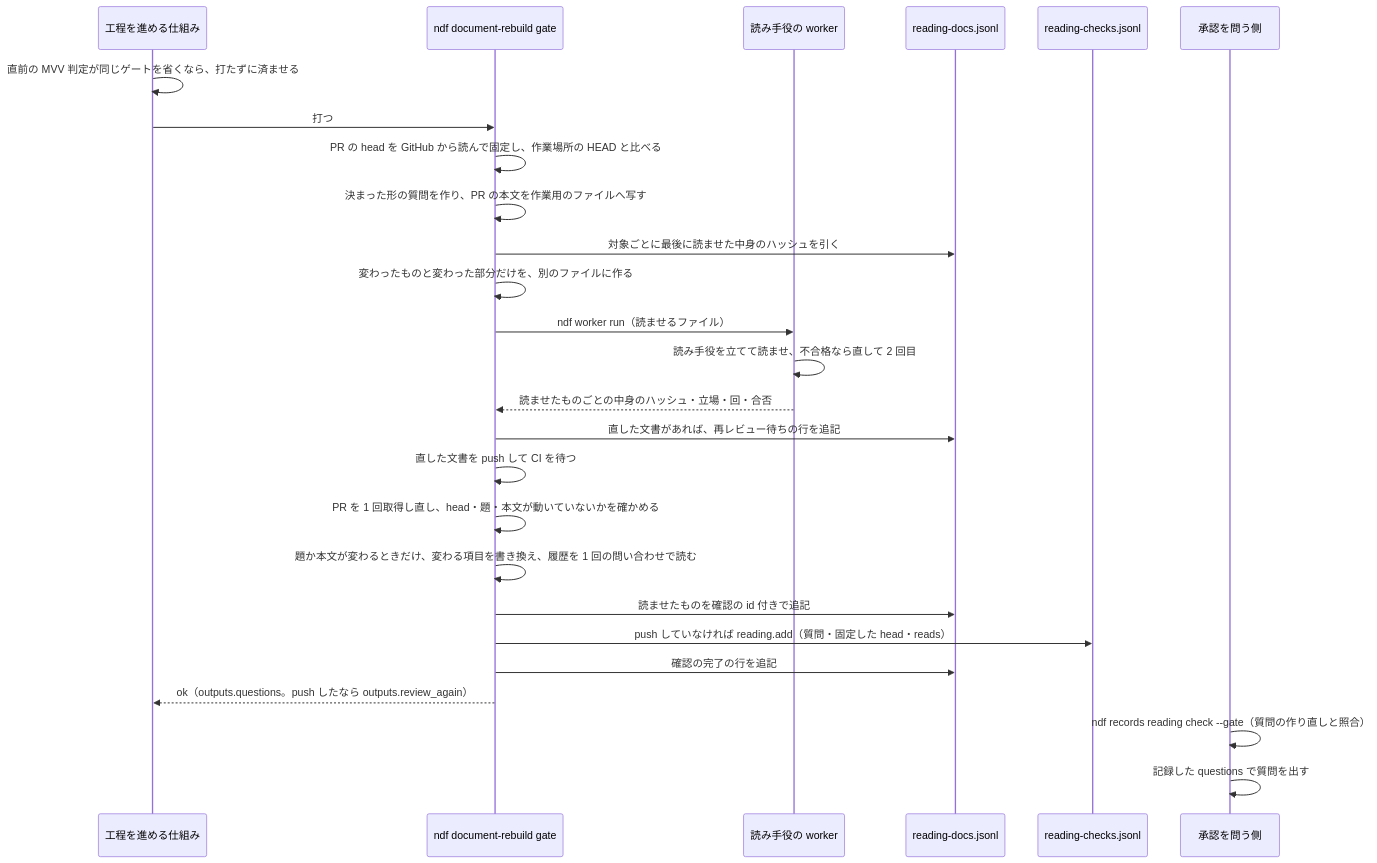
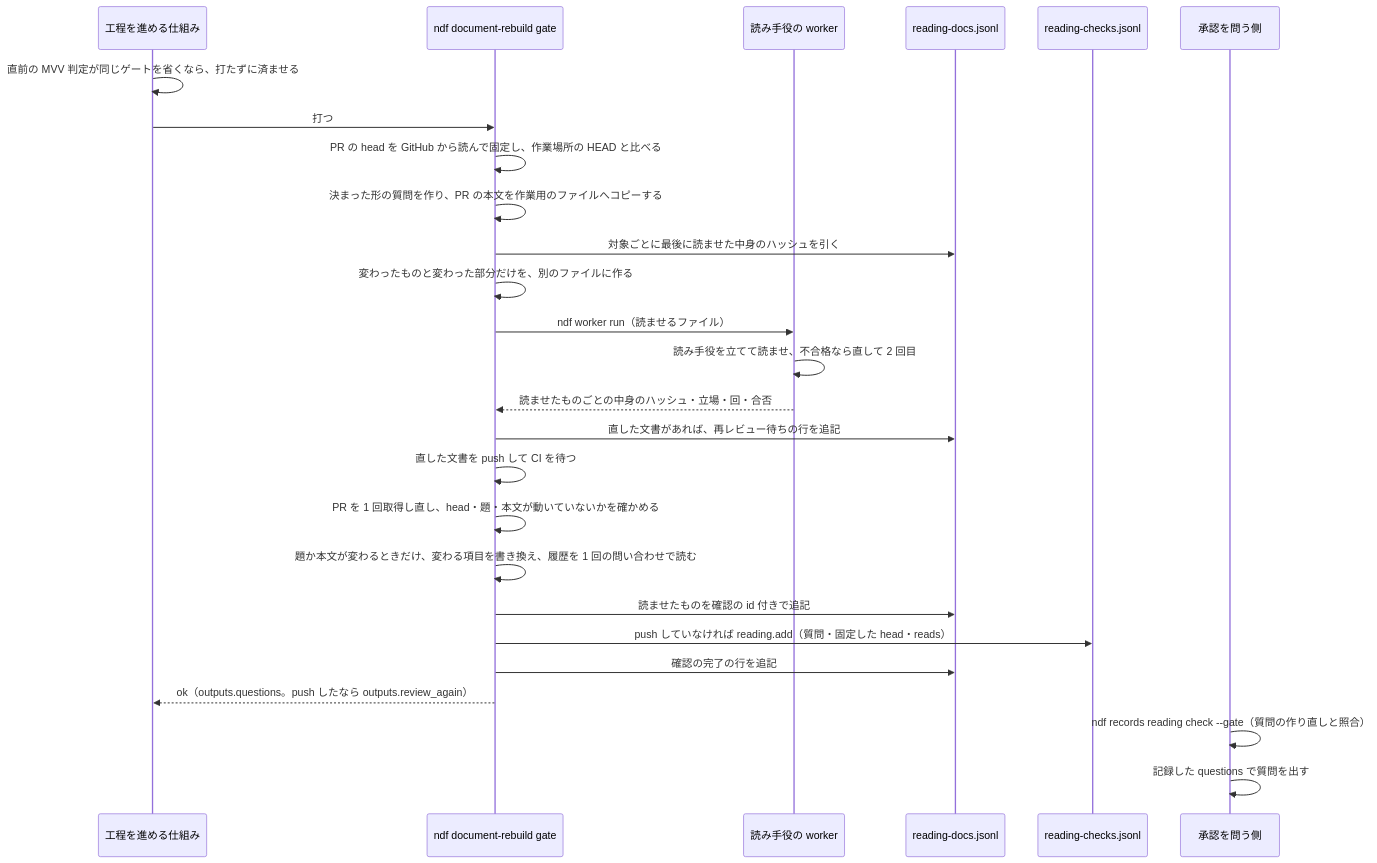
The fourth of 4 diagrams in issues/issue-4446-design.md (devbasex/ai-plugins), drawn with Mermaid before and after one commit. The commit also changed other lines of this file and 1 other file, not shown here.

````diff
--- a/issues/issue-4446-design.md
+++ b/issues/issue-4446-design.md
@@ -313,28 +323,28 @@
 ```mermaid
 sequenceDiagram
   participant P as 工程を進める仕組み
   participant G as ndf document-rebuild gate
   participant W as 読み手役の worker
   participant B as reading-docs.jsonl
   participant L as reading-checks.jsonl
   participant C as 承認を問う側
   P->>P: 直前の MVV 判定が同じゲートを省くなら、打たずに済ませる
   P->>G: 打つ
   G->>G: PR の head を GitHub から読んで固定し、作業場所の HEAD と比べる
-  G->>G: 決まった形の質問を作り、PR の本文を作業用のファイルへ写す
+  G->>G: 決まった形の質問を作り、PR の本文を作業用のファイルへコピーする
   G->>B: 対象ごとに最後に読ませた中身のハッシュを引く
   G->>G: 変わったものと変わった部分だけを、別のファイルに作る
   G->>W: ndf worker run（読ませるファイル）
   W->>W: 読み手役を立てて読ませ、不合格なら直して 2 回目
   W-->>G: 読ませたものごとの中身のハッシュ・立場・回・合否
   G->>B: 直した文書があれば、再レビュー待ちの行を追記
   G->>G: 直した文書を push して CI を待つ
   G->>G: PR を 1 回取得し直し、head・題・本文が動いていないかを確かめる
   G->>G: 題か本文が変わるときだけ、変わる項目を書き換え、履歴を 1 回の問い合わせで読む
   G->>B: 読ませたものを確認の id 付きで追記
   G->>L: push していなければ reading.add（質問・固定した head・reads）
   G->>B: 確認の完了の行を追記
   G-->>P: ok（outputs.questions。push したなら outputs.review_again）
   C->>C: ndf records reading check --gate（質問の作り直しと照合）
   C->>C: 記録した questions で質問を出す
 ```
````
